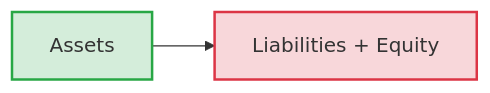
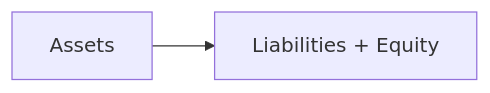
The first of 2 diagrams in _posts/2026-06-18-finance-for-non-financial-managers.md (aljazkovac/aljazkovac.github.io), drawn with Mermaid before and after one commit. The commit also changed 1 other file, not shown here.

Commit message:
Fix style on a diagram.

````diff
--- a/_posts/2026-06-18-finance-for-non-financial-managers.md
+++ b/_posts/2026-06-18-finance-for-non-financial-managers.md
@@ -46,6 +46,4 @@
 ```mermaid
 graph LR
     A[Assets] --> EQ[Liabilities + Equity]
-    style A fill:#d4edda,stroke:#28a745,stroke-width:2px
-    style EQ fill:#f8d7da,stroke:#dc3545,stroke-width:2px
 ```
````
